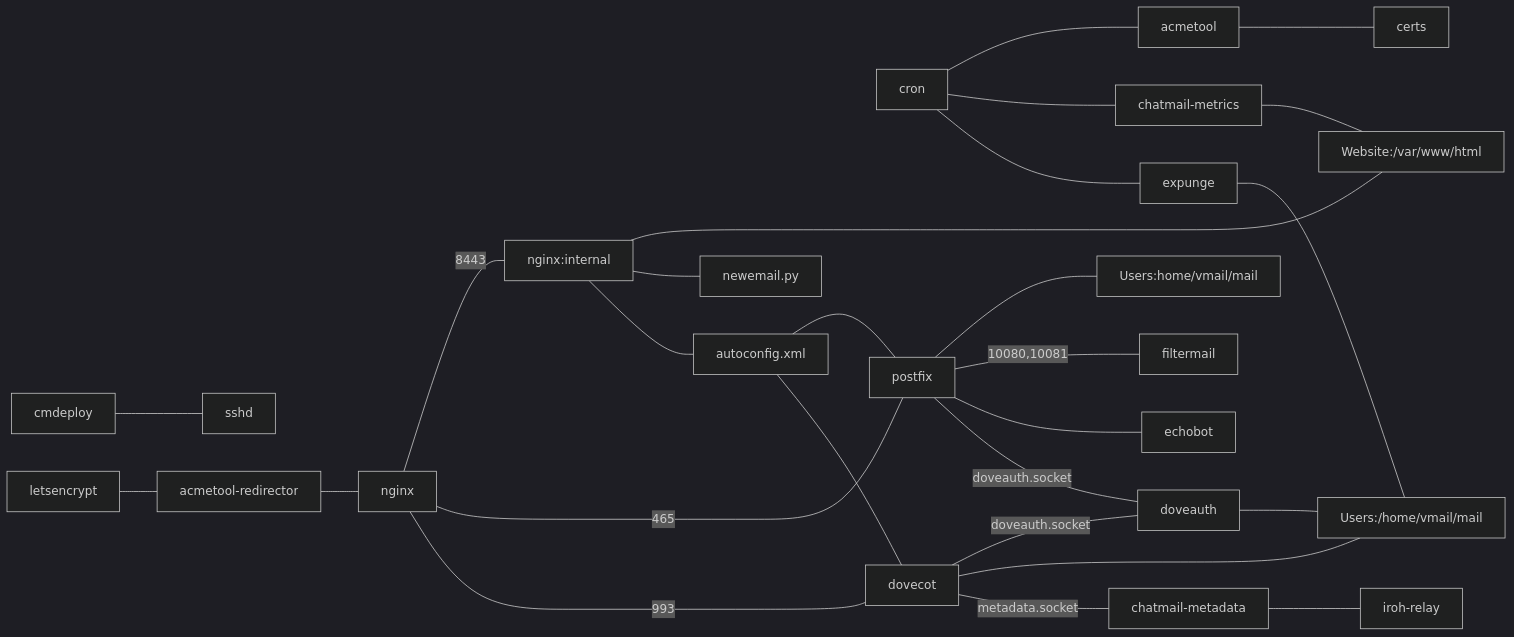
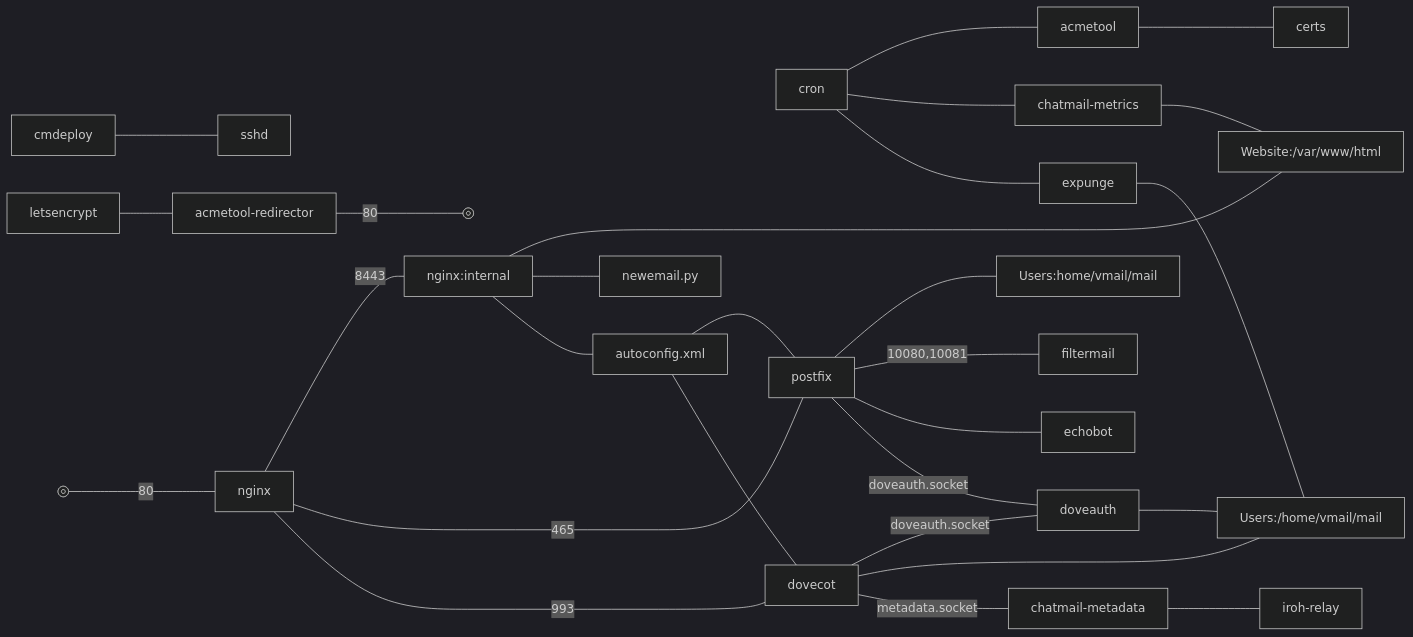
Before and after one commit to cliffmccarthy/chatmail-relay: the diagram in ARCHITECTURE.md, drawn with Mermaid (dark theme).

Commit message:
port 80 hyperspace

````diff
--- a/ARCHITECTURE.md
+++ b/ARCHITECTURE.md
@@ -4,29 +4,30 @@
 ```mermaid
 graph LR;
     cmdeploy --- sshd;
     letsencrypt --- acmetool-redirector;
-    acmetool-redirector --- nginx;
+    acmetool-redirector --- |80|port80r@{ shape: framed-circle, label: "80" };
+    port80l@{ shape: framed-circle, label: "80" } --- |80|nginx;
     nginx --- |8443|nginx:internal;
     nginx:internal --- Website:/var/www/html;
     nginx:internal --- newemail.py;
     nginx:internal --- autoconfig.xml;
     cron --- acmetool;
     cron --- chatmail-metrics;
     cron --- expunge;
     chatmail-metrics --- Website:/var/www/html;
     acmetool --- certs;
     nginx --- |465|postfix;
     nginx --- |993|dovecot;
     autoconfig.xml --- postfix;
     autoconfig.xml --- dovecot;
     postfix --- Users:home/vmail/mail;
     postfix --- |10080,10081|filtermail;
     postfix --- echobot;
     postfix --- |doveauth.socket|doveauth;
     dovecot --- |doveauth.socket|doveauth;
     dovecot --- Users:/home/vmail/mail;
     dovecot --- |metadata.socket|chatmail-metadata;
     doveauth --- Users:/home/vmail/mail;
     expunge --- Users:/home/vmail/mail;
     chatmail-metadata --- iroh-relay;
 ```
````
